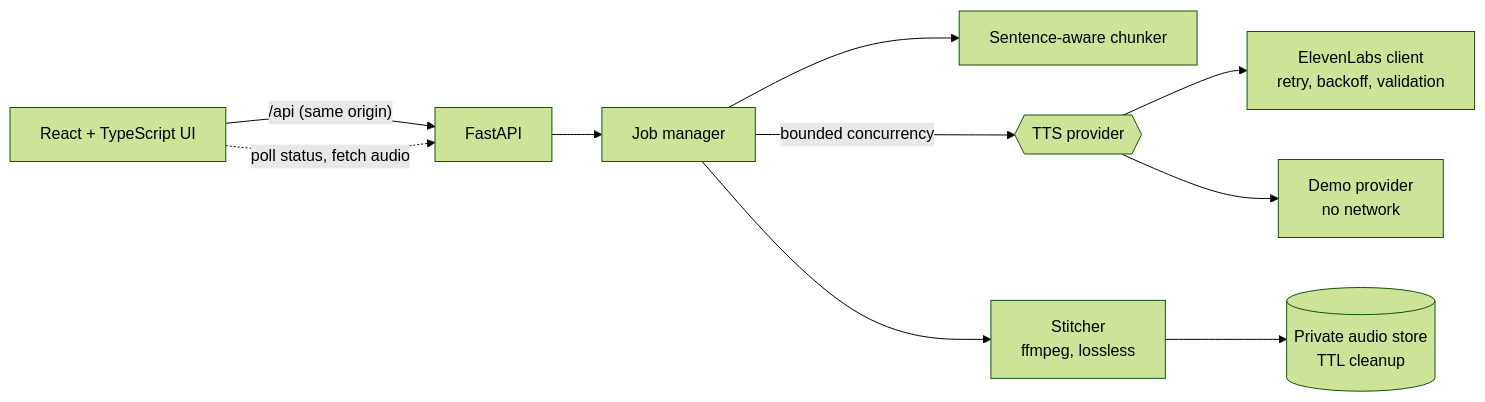
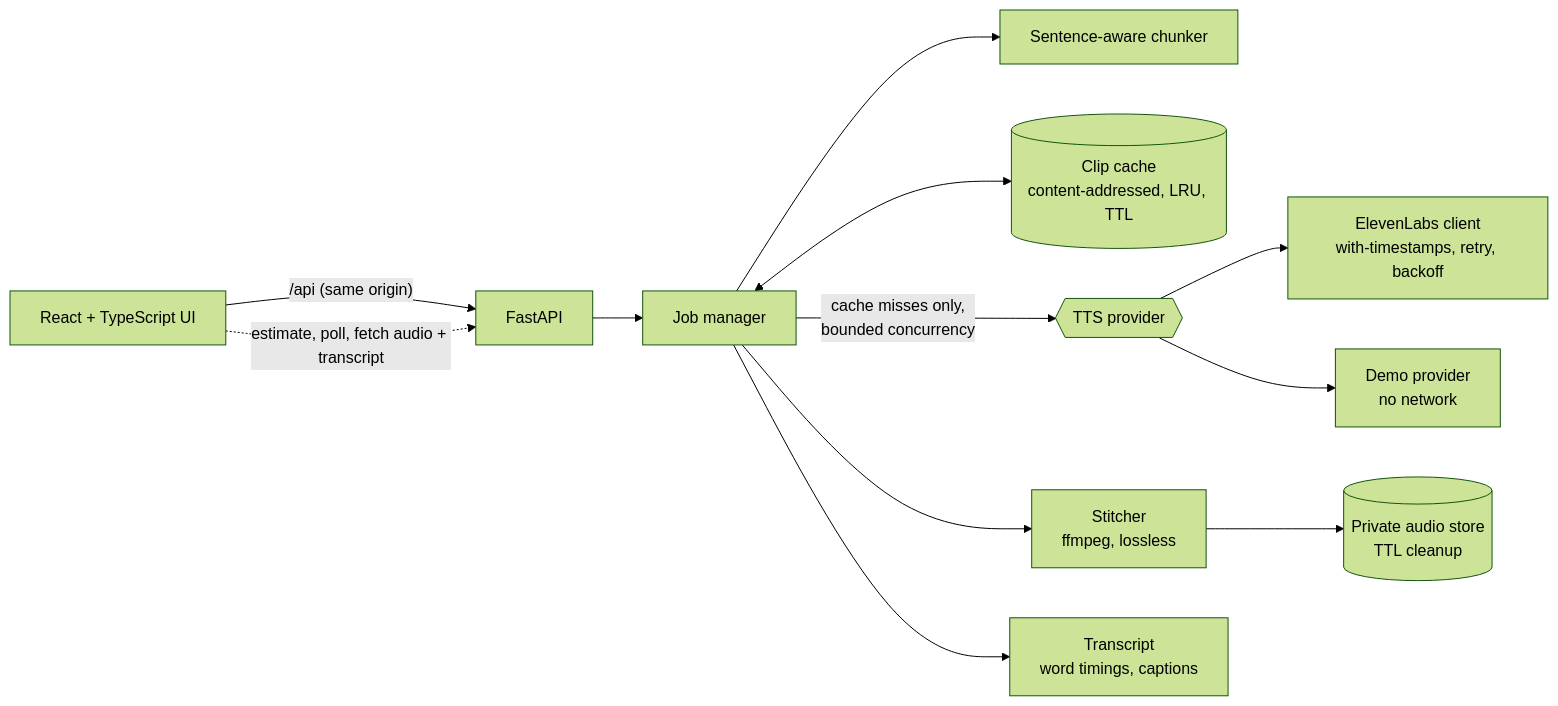
The diagram in README.md (robbe1999/chaptercast), drawn with Mermaid (forest theme) before and after one commit. The commit also changed other lines of this file and 2 other files, not shown here.

First line of the commit message:
docs: document the new features, cache design and threat model additions

````diff
--- a/README.md
+++ b/README.md
@@ -38,12 +50,14 @@
 ```mermaid
 flowchart LR
     UI[React + TypeScript UI] -- "/api (same origin)" --> API[FastAPI]
     API --> JM[Job manager]
     JM --> CH[Sentence-aware chunker]
-    JM -- "bounded concurrency" --> P{{TTS provider}}
-    P --> EL[ElevenLabs client<br/>retry, backoff, validation]
+    JM <--> CC[(Clip cache<br/>content-addressed, LRU, TTL)]
+    JM -- "cache misses only,<br/>bounded concurrency" --> P{{TTS provider}}
+    P --> EL[ElevenLabs client<br/>with-timestamps, retry, backoff]
     P --> DM[Demo provider<br/>no network]
     JM --> ST[Stitcher<br/>ffmpeg, lossless]
+    JM --> TR[Transcript<br/>word timings, captions]
     ST --> FS[(Private audio store<br/>TTL cleanup)]
-    UI -. "poll status, fetch audio" .-> API
+    UI -. "estimate, poll, fetch audio + transcript" .-> API
 ```
````
